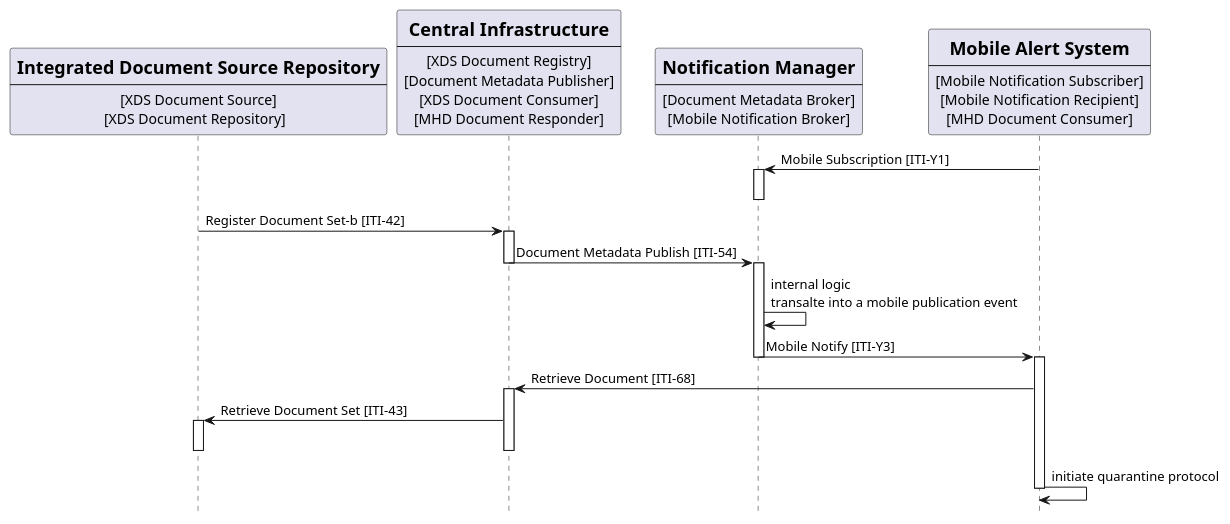
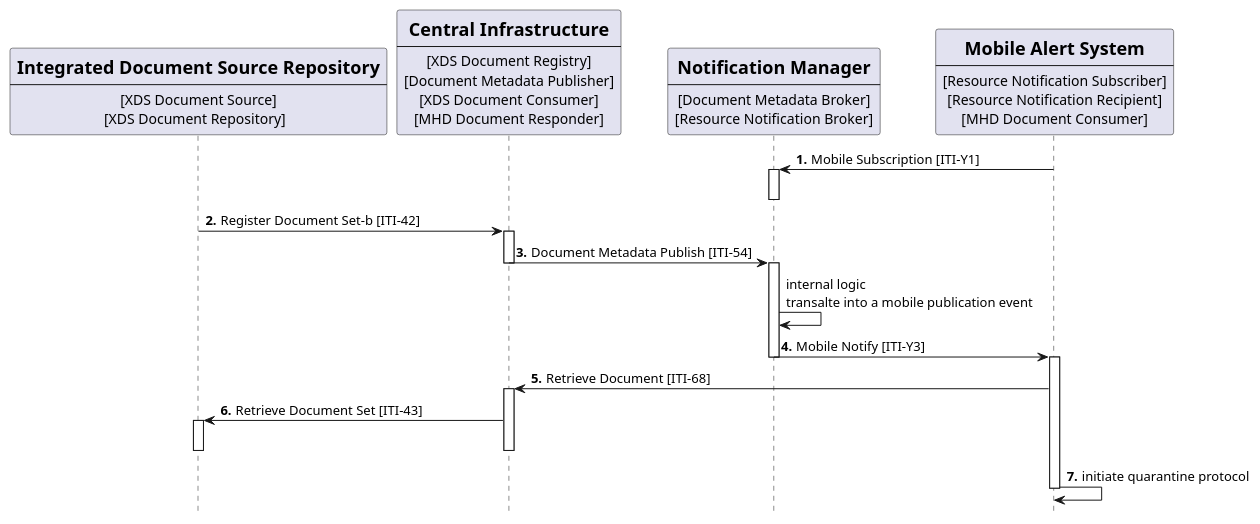
The diagram in input/images-source/usecase5-processflow.plantuml (IHE/ITI.DSUBm), drawn with PlantUML before and after one commit. The commit also changed 9 other files, not shown here.

```diff
--- a/input/images-source/usecase5-processflow.plantuml
+++ b/input/images-source/usecase5-processflow.plantuml
@@ -1,63 +1,66 @@
 @startuml
 skinparam svgDimensionStyle false
 hide footbox
 /'title "Subscription with DSUBm on DSUB infrastructure from Mobile Device" '/
 
 
 participant Repository [
     =Integrated Document Source Repository
     ----
     [XDS Document Source]
     [XDS Document Repository]  
 ] 
 
 participant Central [
     =Central Infrastructure
     ----
     [XDS Document Registry]
     [Document Metadata Publisher]
     [XDS Document Consumer]
     [MHD Document Responder]
 ] 
 
 participant Broker [
     =Notification Manager
     ----
     [Document Metadata Broker]
-    [Mobile Notification Broker]
+    [Resource Notification Broker]
 ] 
 
 
 participant MobDevice [
     =Mobile Alert System 
     ----
-    [Mobile Notification Subscriber]
-    [Mobile Notification Recipient]
+    [Resource Notification Subscriber]
+    [Resource Notification Recipient]
     [MHD Document Consumer]
 ] 
 
+autonumber 1 "<b>."
 MobDevice -> Broker: Mobile Subscription [ITI-Y1]
 activate Broker
 deactivate Broker
 Repository -> Central: Register Document Set-b [ITI-42]
 activate Central
 Central -> Broker:  Document Metadata Publish [ITI-54]
 deactivate Central
 activate Broker
+autonumber stop 
 Broker -> Broker: internal logic\ntransalte into a mobile publication event
+autonumber 4 "<b>."
 Broker  -> MobDevice: Mobile Notify [ITI-Y3]
 deactivate Broker
 
 activate MobDevice
 MobDevice -> Central: Retrieve Document [ITI-68]
 activate Central
 Central -> Repository: Retrieve Document Set [ITI-43]
 activate Repository
 deactivate Repository
 deactivate Central
 MobDevice -> MobDevice: initiate quarantine protocol
 deactivate MobDevice
 
 
 
 @enduml
```
